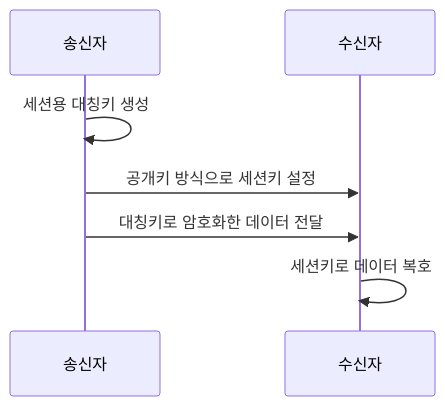
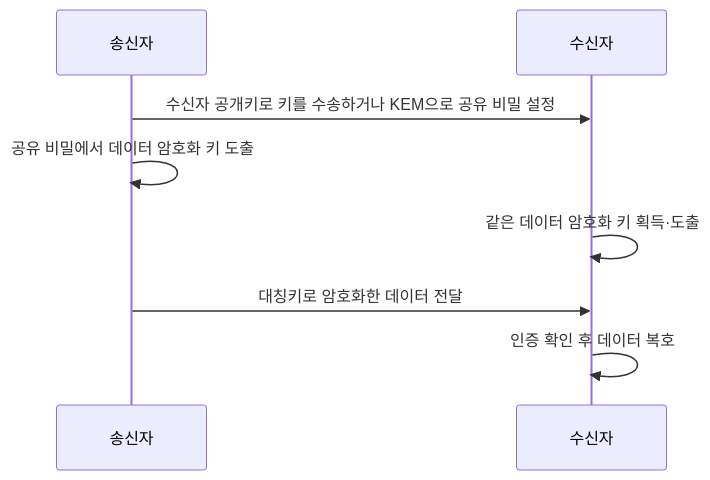
One commit to agnusdei1207/study changed the first of 2 diagrams in src/content/docs/notes/itpe/06-security/075_asymmetric_key_encryption.md. Above: the diagram before and after it, drawn with Mermaid. The commit also changed 472 other files, not shown here.

````diff
--- a/src/content/docs/notes/itpe/06-security/075_asymmetric_key_encryption.md
+++ b/src/content/docs/notes/itpe/06-security/075_asymmetric_key_encryption.md
@@ -73,9 +73,10 @@
 ```mermaid
 sequenceDiagram
   participant A as 송신자
   participant B as 수신자
-  A->>A: 세션용 대칭키 생성
-  A->>B: 공개키 방식으로 세션키 설정
+  A->>B: 수신자 공개키로 키를 수송하거나 KEM으로 공유 비밀 설정
+  A->>A: 공유 비밀에서 데이터 암호화 키 도출
+  B->>B: 같은 데이터 암호화 키 획득·도출
   A->>B: 대칭키로 암호화한 데이터 전달
-  B->>B: 세션키로 데이터 복호
+  B->>B: 인증 확인 후 데이터 복호
 ```
````
